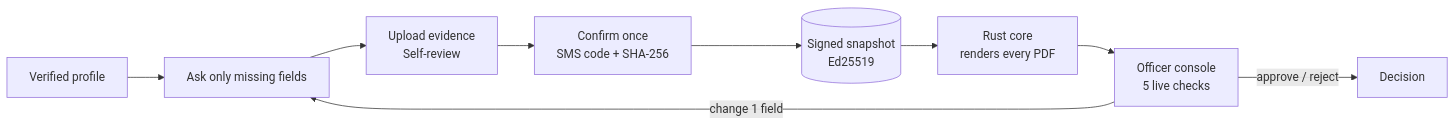
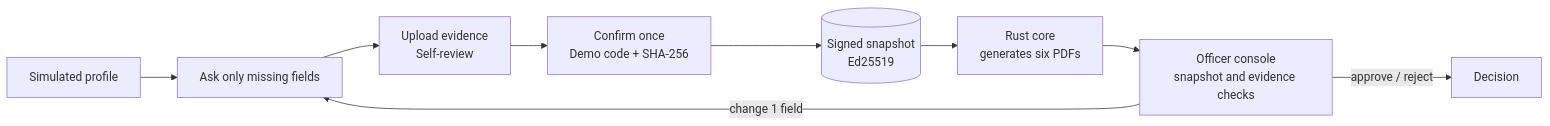
Before and after one commit to fridayshippingclub/zero-form: the diagram in README.md, drawn with Mermaid. The commit also changed other lines of this file and 16 other files, not shown here.

````diff
--- a/README.md
+++ b/README.md
@@ -33,11 +33,11 @@
 ```mermaid
 flowchart LR
-  P[Verified profile] --> A[Ask only missing fields]
+  P[Simulated profile] --> A[Ask only missing fields]
   A --> R[Upload evidence<br/>Self-review]
-  R --> C[Confirm once<br/>SMS code + SHA-256]
+  R --> C[Confirm once<br/>Demo code + SHA-256]
   C --> S[(Signed snapshot<br/>Ed25519)]
-  S --> D[Rust core<br/>renders every PDF]
-  D --> O[Officer console<br/>5 live checks]
+  S --> D[Rust core<br/>generates six PDFs]
+  D --> O[Officer console<br/>snapshot and evidence checks]
   O -- approve / reject --> Done[Decision]
   O -- change 1 field --> A
 ```
````
